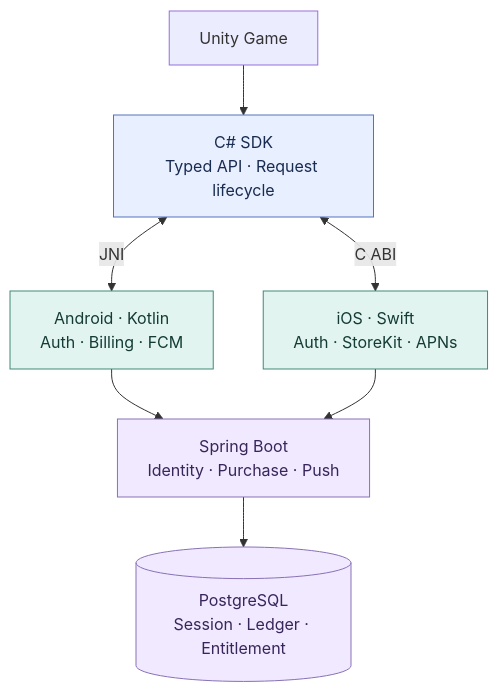
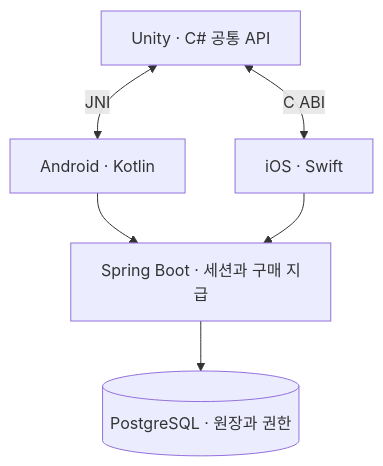
Before and after one commit to CodingBot000/GameBridge_SDK: the diagram in README.md, drawn with Mermaid. The commit also changed other lines of this file and 7 other files, not shown here.

````diff
--- a/README.md
+++ b/README.md
@@ -25,15 +27,8 @@
 ```mermaid
 flowchart TB
-    G["Unity Game"] --> U["C# SDK<br/>Typed API · Request lifecycle"]
-    U <-->|JNI| A["Android · Kotlin<br/>Auth · Billing · FCM"]
-    U <-->|C ABI| I["iOS · Swift<br/>Auth · StoreKit · APNs"]
-    A --> B["Spring Boot<br/>Identity · Purchase · Push"]
+    U["Unity · C# 공통 API"] <-->|JNI| A["Android · Kotlin"]
+    U <-->|C ABI| I["iOS · Swift"]
+    A --> B["Spring Boot · 세션과 구매 지급"]
     I --> B
-    B --> D[("PostgreSQL<br/>Session · Ledger · Entitlement")]
-    classDef unity fill:#e8efff,stroke:#5374bd,color:#182b50
-    classDef native fill:#e1f4ef,stroke:#428878,color:#143b34
-    classDef server fill:#f0e9ff,stroke:#8971b6,color:#38255a
-    class U unity
-    class A,I native
-    class B,D server
+    B --> D[("PostgreSQL · 원장과 권한")]
 ```
````
